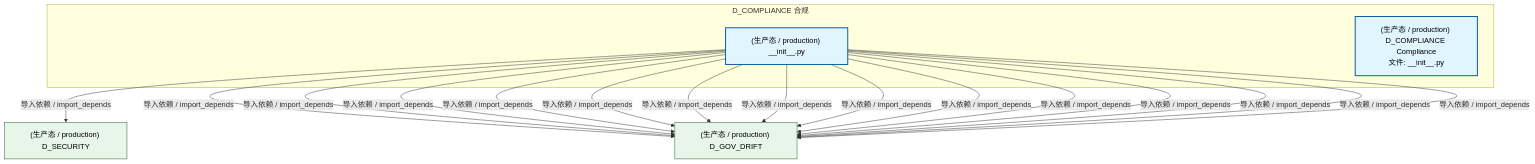
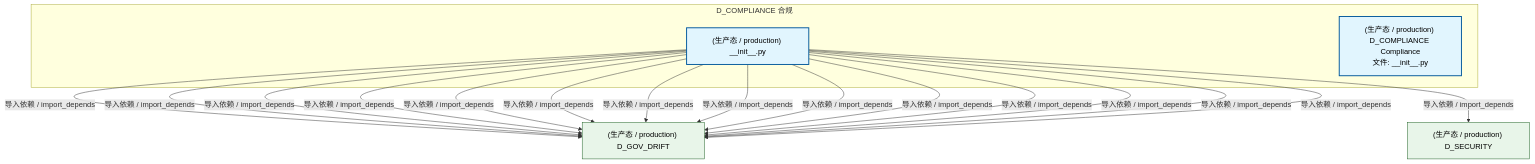
One commit to xuanFelixVan/ZephyrAlpha changed the first of 3 diagrams in docs/02_enterprise_architecture/02_domain_architecture_docs/38_d_compliance.md. Above: the diagram before and after it, drawn with Mermaid. The commit also changed other lines of this file and 48 other files, not shown here.

````diff
--- a/docs/02_enterprise_architecture/02_domain_architecture_docs/38_d_compliance.md
+++ b/docs/02_enterprise_architecture/02_domain_architecture_docs/38_d_compliance.md
@@ -67,30 +67,30 @@
 ```mermaid
 graph TD
     subgraph D_COMPLIANCE["D_COMPLIANCE 合规"]
         src_zephyr_compliance_behavioral_auditor_init_py["(生产态 / production) __init__.py"]
         src_zephyr_compliance_zero_knowledge_audit_stub_init_py["(生产态 / production) D_COMPLIANCE Compliance<br/>文件: __init__.py"]
     end
-    D_SECURITY["(生产态 / production) D_SECURITY"]
-    src_zephyr_compliance_behavioral_auditor_init_py -->|导入依赖 / import_depends| D_SECURITY
     D_GOV_DRIFT["(生产态 / production) D_GOV_DRIFT"]
     src_zephyr_compliance_behavioral_auditor_init_py -->|导入依赖 / import_depends| D_GOV_DRIFT
     src_zephyr_compliance_behavioral_auditor_init_py -->|导入依赖 / import_depends| D_GOV_DRIFT
     src_zephyr_compliance_behavioral_auditor_init_py -->|导入依赖 / import_depends| D_GOV_DRIFT
     src_zephyr_compliance_behavioral_auditor_init_py -->|导入依赖 / import_depends| D_GOV_DRIFT
+    D_SECURITY["(生产态 / production) D_SECURITY"]
+    src_zephyr_compliance_behavioral_auditor_init_py -->|导入依赖 / import_depends| D_SECURITY
     src_zephyr_compliance_behavioral_auditor_init_py -->|导入依赖 / import_depends| D_GOV_DRIFT
     src_zephyr_compliance_behavioral_auditor_init_py -->|导入依赖 / import_depends| D_GOV_DRIFT
     src_zephyr_compliance_behavioral_auditor_init_py -->|导入依赖 / import_depends| D_GOV_DRIFT
     src_zephyr_compliance_behavioral_auditor_init_py -->|导入依赖 / import_depends| D_GOV_DRIFT
     src_zephyr_compliance_behavioral_auditor_init_py -->|导入依赖 / import_depends| D_GOV_DRIFT
     src_zephyr_compliance_behavioral_auditor_init_py -->|导入依赖 / import_depends| D_GOV_DRIFT
     src_zephyr_compliance_behavioral_auditor_init_py -->|导入依赖 / import_depends| D_GOV_DRIFT
     src_zephyr_compliance_behavioral_auditor_init_py -->|导入依赖 / import_depends| D_GOV_DRIFT
     src_zephyr_compliance_behavioral_auditor_init_py -->|导入依赖 / import_depends| D_GOV_DRIFT
     src_zephyr_compliance_behavioral_auditor_init_py -->|导入依赖 / import_depends| D_GOV_DRIFT
     classDef production fill:#e1f5fe,stroke:#01579b,stroke-width:2px,color:#000
     classDef design fill:#fff3e0,stroke:#e65100,stroke-width:2px,color:#000,stroke-dasharray: 5 5
     classDef external_prod fill:#e8f5e9,stroke:#1b5e20,stroke-width:1px,color:#000
     classDef external_design fill:#fce4ec,stroke:#880e4f,stroke-width:1px,color:#000,stroke-dasharray: 5 5
     class src_zephyr_compliance_behavioral_auditor_init_py,src_zephyr_compliance_zero_knowledge_audit_stub_init_py production
-    class D_SECURITY,D_GOV_DRIFT external_prod
+    class D_GOV_DRIFT,D_SECURITY external_prod
 ```
````
